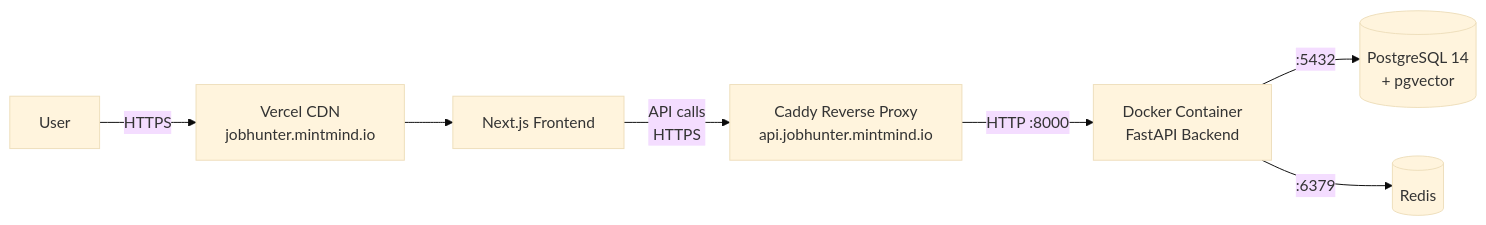
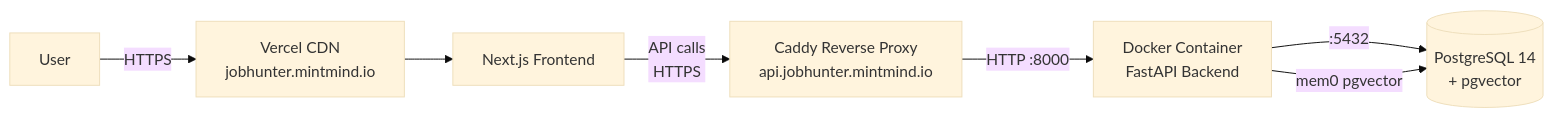
Before and after one commit to 0xMoat/job-hunter-agent: the diagram in docs/deployment.md, drawn with Mermaid (base theme). The commit also changed other lines of this file and 10 other files, not shown here.

Commit message:
docs: remove Redis from architecture diagram (not used by this project)

````diff
--- a/docs/deployment.md
+++ b/docs/deployment.md
@@ -5,9 +5,9 @@
 ```mermaid
 graph LR
     User -->|HTTPS| Vercel[Vercel CDN<br/>jobhunter.mintmind.io]
     Vercel --> Next[Next.js Frontend]
     Next -->|API calls<br/>HTTPS| Caddy[Caddy Reverse Proxy<br/>api.jobhunter.mintmind.io]
     Caddy -->|HTTP :8000| Docker[Docker Container<br/>FastAPI Backend]
     Docker -->|:5432| PG[(PostgreSQL 14<br/>+ pgvector)]
-    Docker -->|:6379| Redis[(Redis)]
+    Docker -->|mem0 pgvector| PG
 ```
````
